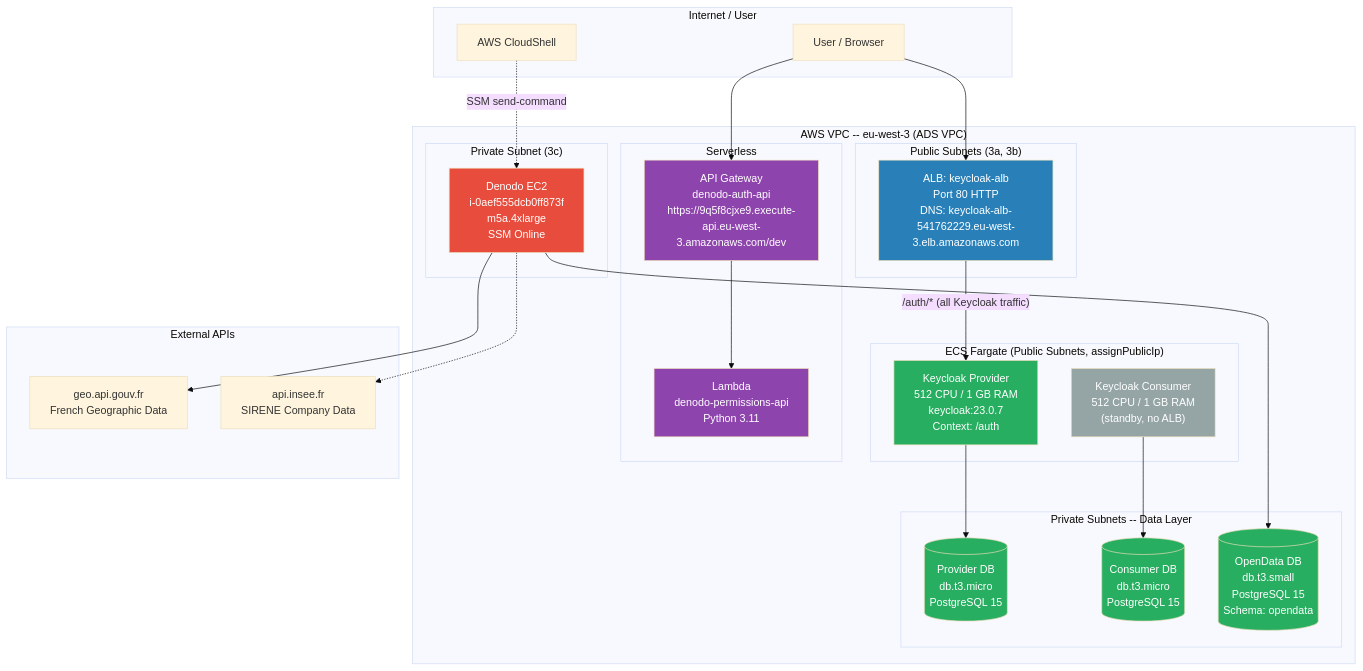
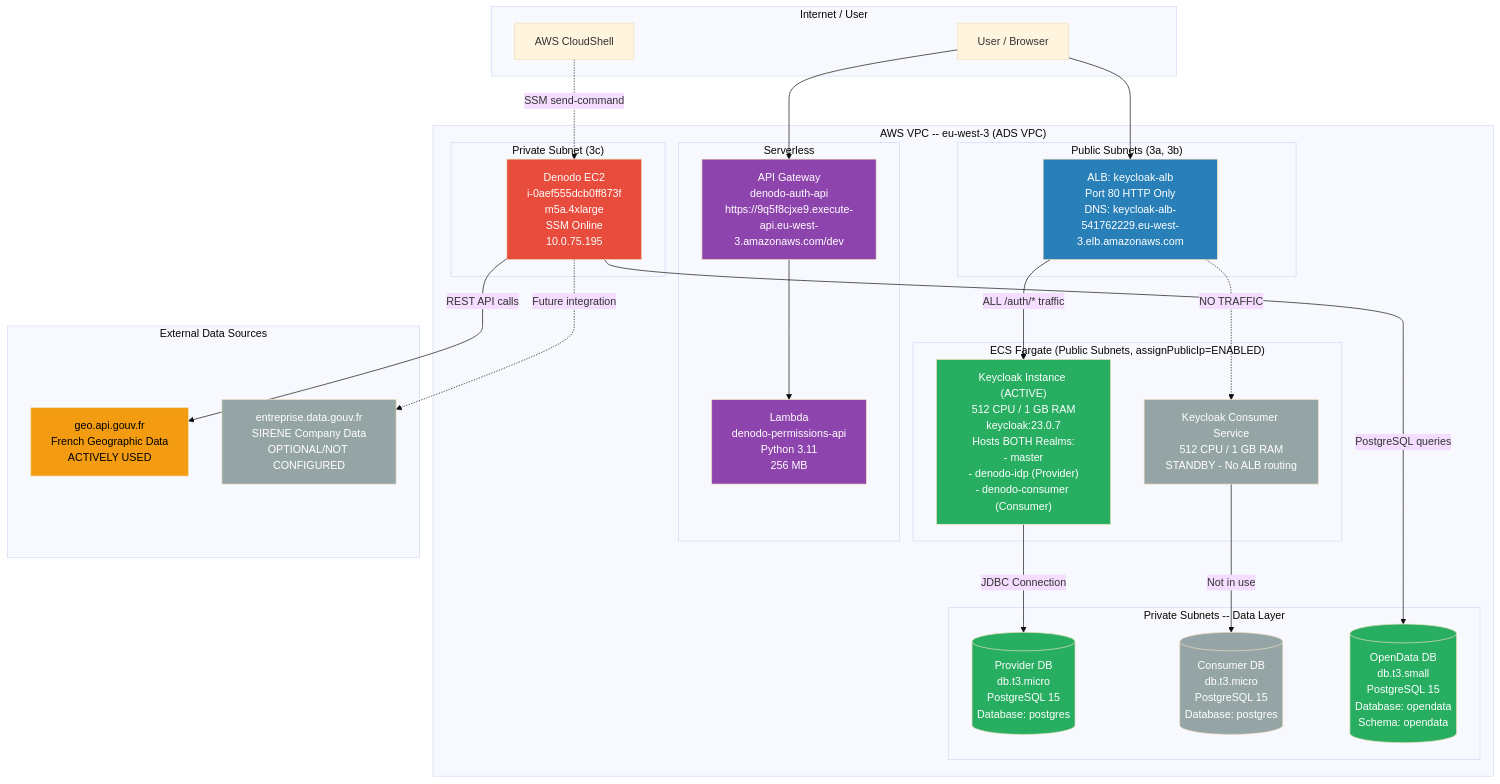
One commit to jaafar-benabderrazak/denodo_poc changed the second of 12 diagrams in docs/DEPLOYMENT_STATUS.md. Above: the diagram before and after it, drawn with Mermaid (base theme). The commit also changed other lines of this file, not shown here.

First line of the commit message:
Update DEPLOYMENT_STATUS.md to reflect actual deployed architecture

````diff
--- a/docs/DEPLOYMENT_STATUS.md
+++ b/docs/DEPLOYMENT_STATUS.md
@@ -23,62 +26,65 @@
 ```mermaid
 graph TB
     subgraph "Internet / User"
         USER["User / Browser"]
         CLOUDSHELL["AWS CloudShell"]
     end
 
     subgraph "AWS VPC -- eu-west-3 (ADS VPC)"
         subgraph "Public Subnets (3a, 3b)"
-            ALB["ALB: keycloak-alb\nPort 80 HTTP\nDNS: keycloak-alb-541762229.eu-west-3.elb.amazonaws.com"]
+            ALB["ALB: keycloak-alb\nPort 80 HTTP Only\nDNS: keycloak-alb-541762229.eu-west-3.elb.amazonaws.com"]
         end
 
-        subgraph "ECS Fargate (Public Subnets, assignPublicIp)"
-            KC_PROV["Keycloak Provider\n512 CPU / 1 GB RAM\nkeycloak:23.0.7\nContext: /auth"]
-            KC_CONS["Keycloak Consumer\n512 CPU / 1 GB RAM\n(standby, no ALB)"]
+        subgraph "ECS Fargate (Public Subnets, assignPublicIp=ENABLED)"
+            KC_PROV["Keycloak Instance (ACTIVE)\n512 CPU / 1 GB RAM\nkeycloak:23.0.7\nHosts BOTH Realms:\n- master\n- denodo-idp (Provider)\n- denodo-consumer (Consumer)"]
+            KC_CONS["Keycloak Consumer Service\n512 CPU / 1 GB RAM\nSTANDBY - No ALB routing"]
         end
 
         subgraph "Private Subnets -- Data Layer"
-            RDS_P[("Provider DB\ndb.t3.micro\nPostgreSQL 15")]
-            RDS_C[("Consumer DB\ndb.t3.micro\nPostgreSQL 15")]
-            RDS_O[("OpenData DB\ndb.t3.small\nPostgreSQL 15\nSchema: opendata")]
+            RDS_P[("Provider DB\ndb.t3.micro\nPostgreSQL 15\nDatabase: postgres")]
+            RDS_C[("Consumer DB\ndb.t3.micro\nPostgreSQL 15\nDatabase: postgres")]
+            RDS_O[("OpenData DB\ndb.t3.small\nPostgreSQL 15\nDatabase: opendata\nSchema: opendata")]
         end
 
         subgraph "Serverless"
             APIGW["API Gateway\ndenodo-auth-api\nhttps://9q5f8cjxe9.execute-api.eu-west-3.amazonaws.com/dev"]
-            LAMBDA["Lambda\ndenodo-permissions-api\nPython 3.11"]
+            LAMBDA["Lambda\ndenodo-permissions-api\nPython 3.11\n256 MB"]
         end
 
         subgraph "Private Subnet (3c)"
-            DENODO["Denodo EC2\ni-0aef555dcb0ff873f\nm5a.4xlarge\nSSM Online"]
+            DENODO["Denodo EC2\ni-0aef555dcb0ff873f\nm5a.4xlarge\nSSM Online\n10.0.75.195"]
         end
     end
 
-    subgraph "External APIs"
-        GEO["geo.api.gouv.fr\nFrench Geographic Data"]
-        INSEE["api.insee.fr\nSIRENE Company Data"]
+    subgraph "External Data Sources"
+        GEO["geo.api.gouv.fr\nFrench Geographic Data\nACTIVELY USED"]
+        SIRENE["entreprise.data.gouv.fr\nSIRENE Company Data\nOPTIONAL/NOT CONFIGURED"]
     end
 
     USER --> ALB
     USER --> APIGW
     CLOUDSHELL -.->|"SSM send-command"| DENODO
 
-    ALB -->|"/auth/* (all Keycloak traffic)"| KC_PROV
+    ALB -->|"ALL /auth/* traffic"| KC_PROV
+    ALB -.->|"NO TRAFFIC"| KC_CONS
 
-    KC_PROV --> RDS_P
-    KC_CONS --> RDS_C
-    DENODO --> RDS_O
-    DENODO --> GEO
-    DENODO -.-> INSEE
+    KC_PROV -->|"JDBC Connection"| RDS_P
+    KC_CONS -->|"Not in use"| RDS_C
+    DENODO -->|"PostgreSQL queries"| RDS_O
+    DENODO -->|"REST API calls"| GEO
+    DENODO -.->|"Future integration"| SIRENE
 
     APIGW --> LAMBDA
 
     style KC_PROV fill:#27ae60,color:#fff
     style KC_CONS fill:#95a5a6,color:#fff
     style ALB fill:#2980b9,color:#fff
     style LAMBDA fill:#8e44ad,color:#fff
     style APIGW fill:#8e44ad,color:#fff
     style DENODO fill:#e74c3c,color:#fff
     style RDS_O fill:#27ae60,color:#fff
     style RDS_P fill:#27ae60,color:#fff
-    style RDS_C fill:#27ae60,color:#fff
+    style RDS_C fill:#95a5a6,color:#fff
+    style GEO fill:#f39c12,color:#000
+    style SIRENE fill:#95a5a6,color:#fff
 ```
````
